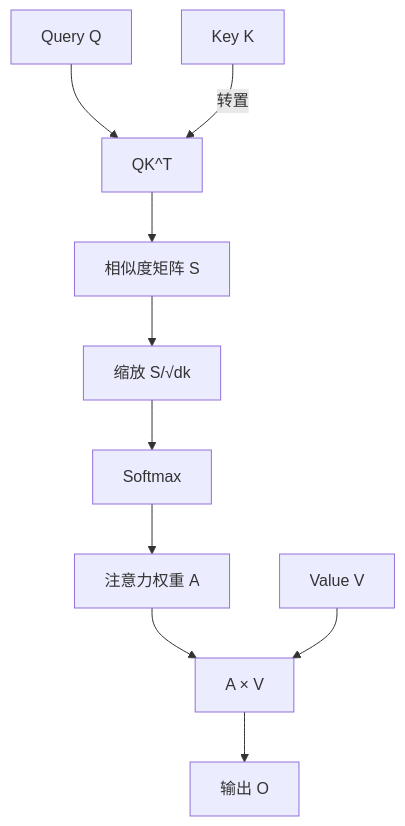
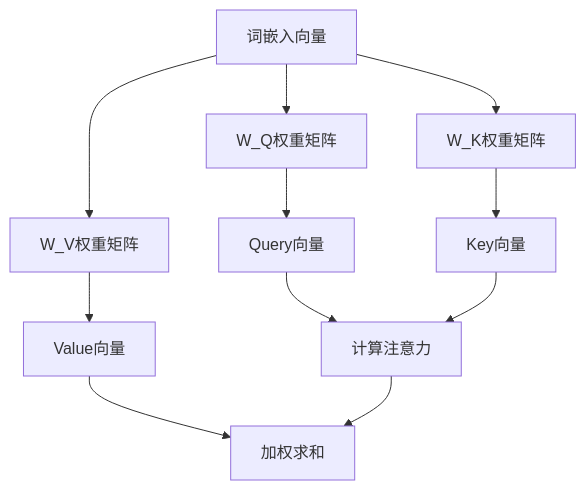
The first of 2 diagrams in tutorial/content/llm/attention-mechanism.md (byeyear/markdown-website-framework), drawn with Mermaid before and after one commit. The commit also changed other lines of this file and 13 other files, not shown here.

````diff
--- a/tutorial/content/llm/attention-mechanism.md
+++ b/tutorial/content/llm/attention-mechanism.md
@@ -97,12 +138,13 @@
 ```mermaid
 graph TD
-    A[Query Q] --> B[QK^T]
-    C[Key K] -->|转置| B
-    B --> D[相似度矩阵 S]
-    D --> E[缩放 S/√dk]
-    E --> F[Softmax]
-    F --> G[注意力权重 A]
-    G --> H[A × V]
-    I[Value V] --> H
-    H --> J[输出 O]
+    A[词嵌入向量] --> B[W_Q权重矩阵]
+    A --> C[W_K权重矩阵]
+    A --> D[W_V权重矩阵]
+    B --> E[Query向量]
+    C --> F[Key向量]
+    D --> G[Value向量]
+    E --> H[计算注意力]
+    F --> H
+    G --> I[加权求和]
+    H --> I
 ```
````
